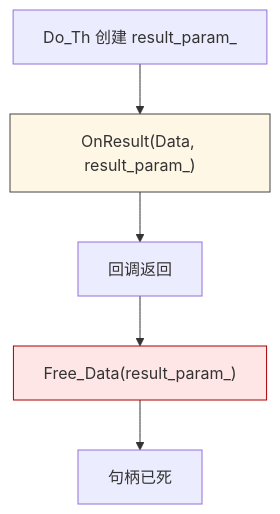
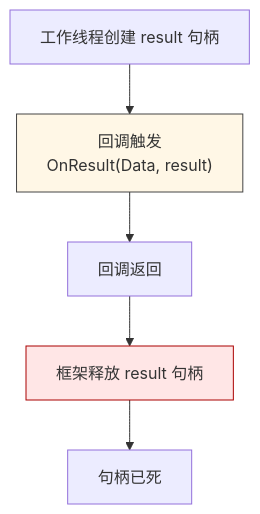
One commit to PassByYou888/LingoFuse changed the second of 3 diagrams in doc/LF_Handle_Ownership.md. Above: the diagram before and after it, drawn with Mermaid. The commit also changed other lines of this file, not shown here.

````diff
--- a/doc/LF_Handle_Ownership.md
+++ b/doc/LF_Handle_Ownership.md
@@ -53,10 +53,10 @@
 ```mermaid
 flowchart TD
-    A["Do_Th 创建 result_param_"] --> B["OnResult(Data, result_param_)"]
+    A["工作线程创建 result 句柄"] --> B["回调触发<br/>OnResult(Data, result)"]
     B --> C["回调返回"]
-    C --> D["Free_Data(result_param_)"]
+    C --> D["框架释放 result 句柄"]
     D --> E["句柄已死"]
 
     style B fill:#fff7e6,stroke:#444
     style D fill:#ffe6e6,stroke:#a00
 ```
````
